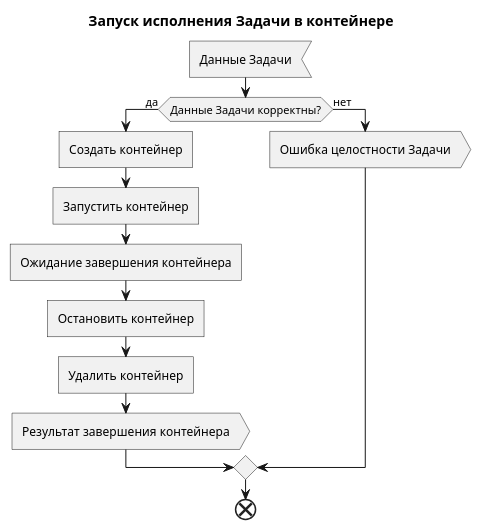
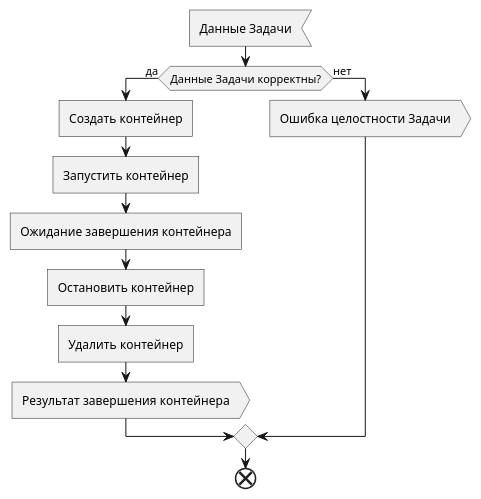
Before and after one commit to mrypdm/JobSystem: the sixth of 7 diagrams in docs/diagrams/activity/Job.Worker.puml, drawn with PlantUML. The commit also changed other lines of this file and 19 other files, not shown here.

```diff
--- a/docs/diagrams/activity/Job.Worker.puml
+++ b/docs/diagrams/activity/Job.Worker.puml
@@ -158,20 +148,18 @@
 @startuml Docker
-
-title Запуск исполнения Задачи в контейнере
 
 :Данные Задачи<
 
 if (Данные Задачи корректны?) then (да)
     :Создать контейнер]
     :Запустить контейнер]
     :Ожидание завершения контейнера]
     :Остановить контейнер]
     :Удалить контейнер]
     :Результат завершения контейнера>
 else (нет)
     :Ошибка целостности Задачи>
 endif
 
 end
 
 @enduml
```
